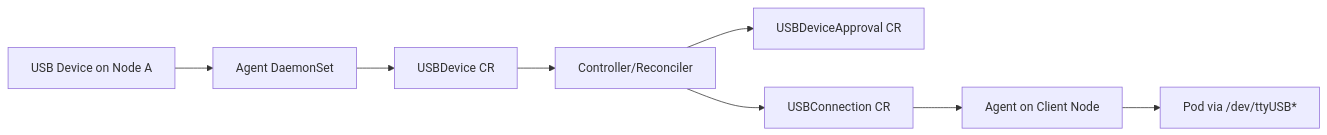
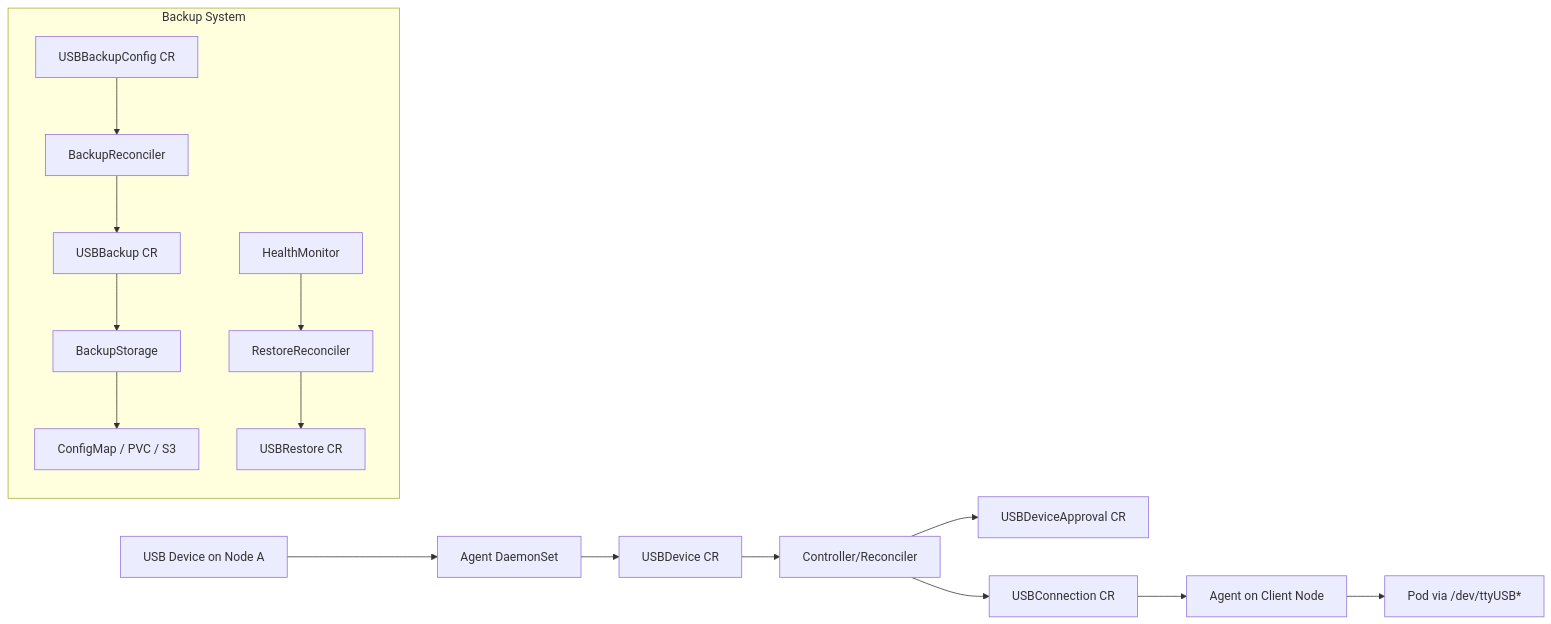
The first of 9 diagrams in docs/architecture.md (grethel-labs/kubelink-usb), drawn with Mermaid before and after one commit. The commit also changed other lines of this file and 73 other files, not shown here.

````diff
--- a/docs/architecture.md
+++ b/docs/architecture.md
@@ -5,10 +5,19 @@
 ```mermaid
 flowchart LR
     A[USB Device on Node A] --> B[Agent DaemonSet]
     B --> C[USBDevice CR]
     C --> D[Controller/Reconciler]
     D --> E[USBDeviceApproval CR]
     D --> F[USBConnection CR]
     F --> G[Agent on Client Node]
     G --> H[Pod via /dev/ttyUSB*]
+
+    subgraph Backup System
+        I[USBBackupConfig CR] --> J[BackupReconciler]
+        J --> K[USBBackup CR]
+        K --> L[BackupStorage]
+        L --> M[ConfigMap / PVC / S3]
+        N[RestoreReconciler] --> O[USBRestore CR]
+        P[HealthMonitor] --> N
+    end
 ```
````
